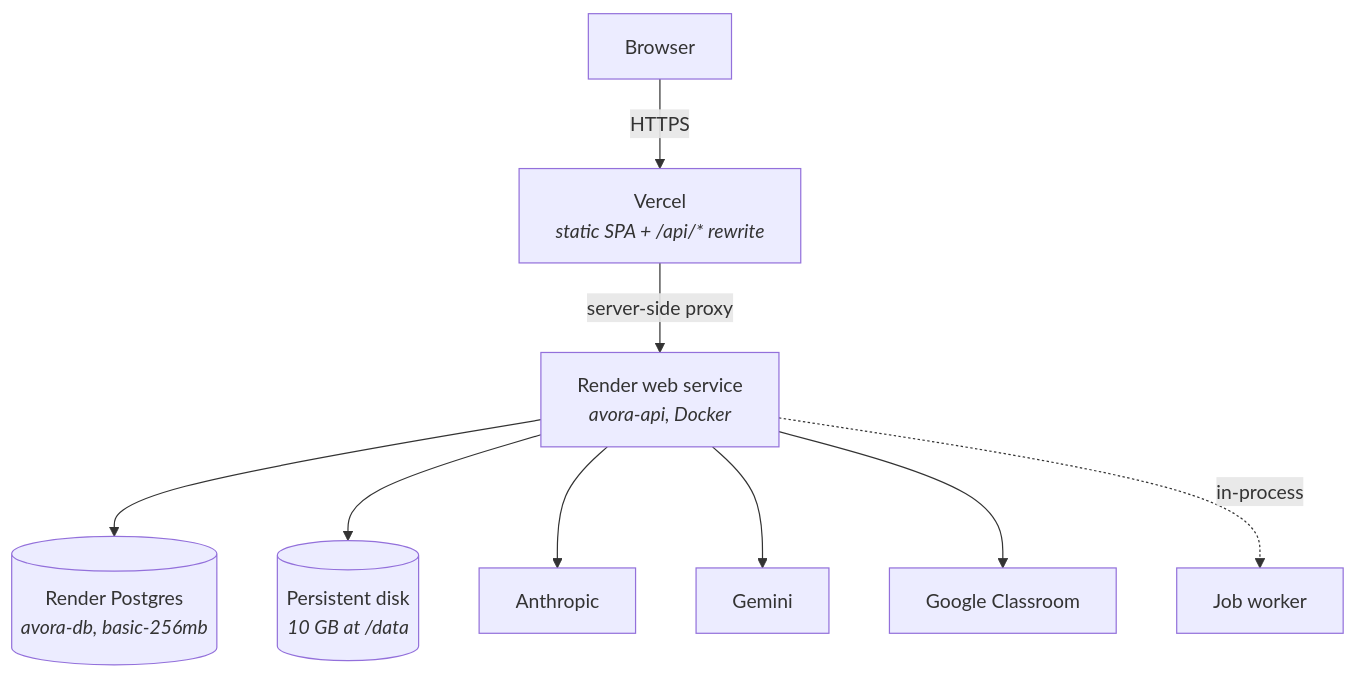
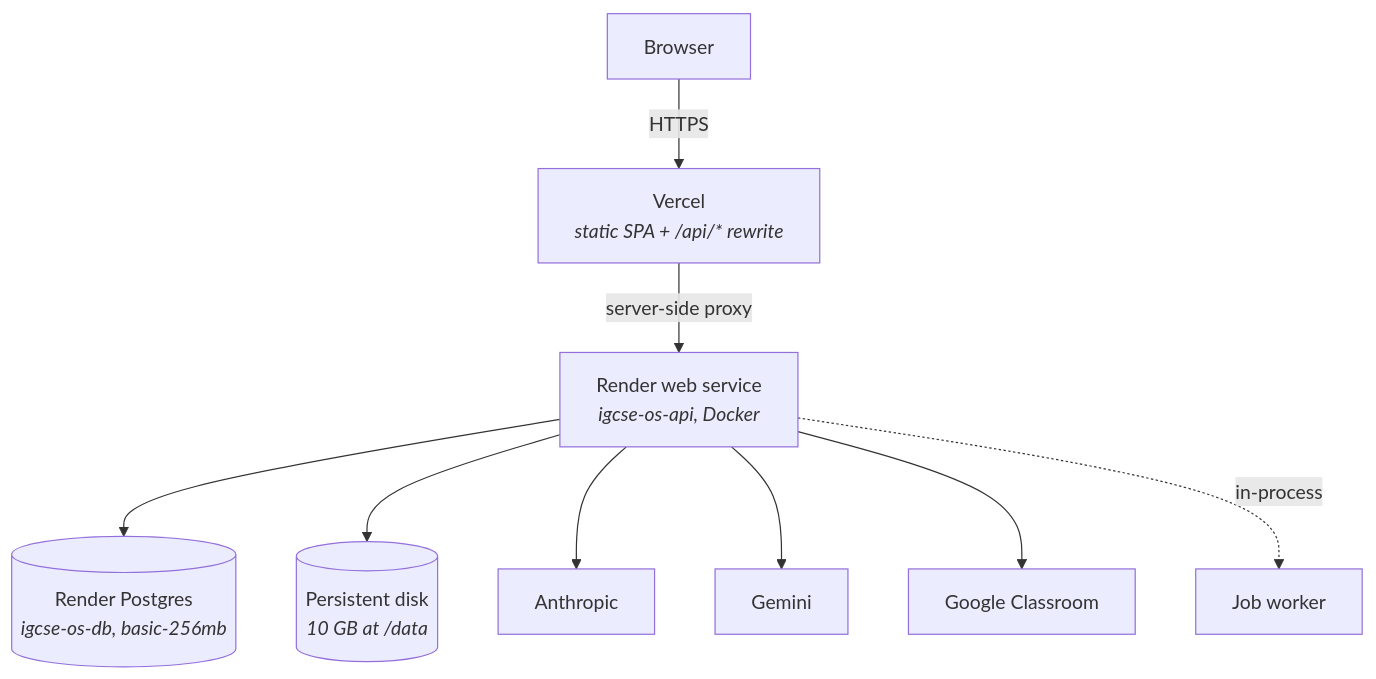
Before and after one commit to muslim216/IGCSE-OS-product-repositiry-: the diagram in docs/volume-3-platform-engineering/08-infrastructure-and-deployment.md, drawn with Mermaid. The commit also changed other lines of this file and 2 other files, not shown here.

````diff
--- a/docs/volume-3-platform-engineering/08-infrastructure-and-deployment.md
+++ b/docs/volume-3-platform-engineering/08-infrastructure-and-deployment.md
@@ -88,11 +88,11 @@
 ```mermaid
 flowchart TD
   U[Browser] -->|HTTPS| V[Vercel<br/><i>static SPA + /api/* rewrite</i>]
-  V -->|server-side proxy| R[Render web service<br/><i>avora-api, Docker</i>]
-  R --> DB[(Render Postgres<br/><i>avora-db, basic-256mb</i>)]
+  V -->|server-side proxy| R[Render web service<br/><i>igcse-os-api, Docker</i>]
+  R --> DB[(Render Postgres<br/><i>igcse-os-db, basic-256mb</i>)]
   R --> D[(Persistent disk<br/><i>10 GB at /data</i>)]
   R --> AN[Anthropic]
   R --> GE[Gemini]
   R --> GC[Google Classroom]
   R -.->|in-process| W[Job worker]
 ```
````
